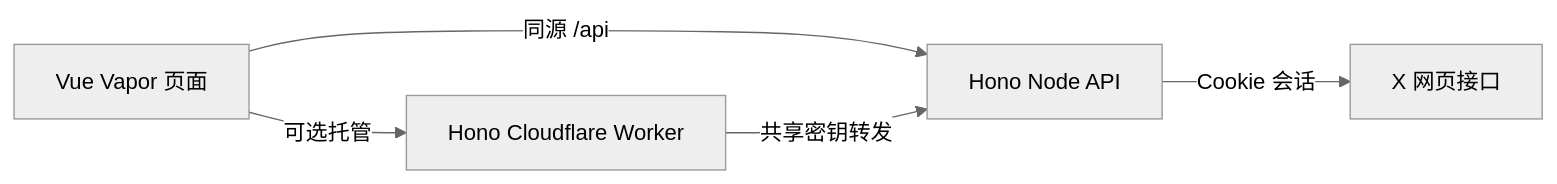
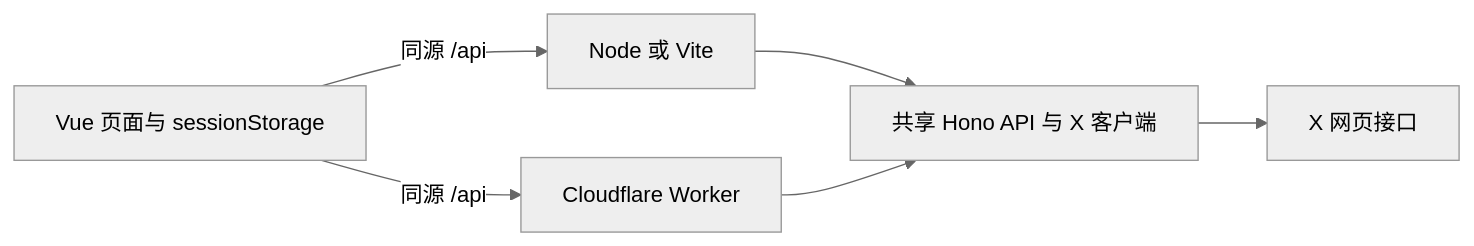
One commit to ywenhao/x-migrate changed the diagram in README.zh-CN.md. Above: the diagram before and after it, drawn with Mermaid (neutral theme). The commit also changed other lines of this file and 30 other files, not shown here.

Commit message:
refactor: share stateless API across Node and Cloudflare

````diff
--- a/README.zh-CN.md
+++ b/README.zh-CN.md
@@ -47,7 +47,8 @@
 ```mermaid
 flowchart LR
-  Browser[Vue Vapor 页面] -->|同源 /api| Node[Hono Node API]
-  Browser -->|可选托管| Worker[Hono Cloudflare Worker]
-  Worker -->|共享密钥转发| Node
-  Node -->|Cookie 会话| X[X 网页接口]
+  Browser[Vue 页面与 sessionStorage] -->|同源 /api| Node[Node 或 Vite]
+  Browser -->|同源 /api| Worker[Cloudflare Worker]
+  Node --> Core[共享 Hono API 与 X 客户端]
+  Worker --> Core
+  Core --> X[X 网页接口]
 ```
````
